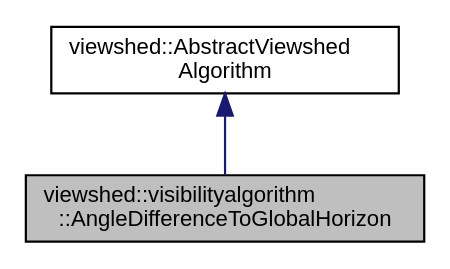
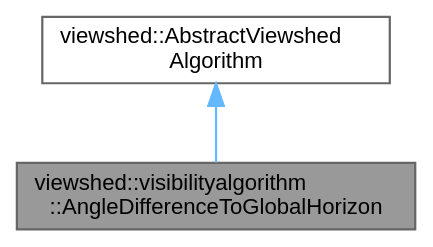
One commit to JanCaha/cpp-viewshed-library changed the diagram in classviewshed_1_1visibilityalgorithm_1_1AngleDifferenceToGlobalHorizon__coll__graph.dot. Above: the diagram before and after it, drawn with Graphviz. The commit also changed 320 other files, not shown here.

```diff
--- a/classviewshed_1_1visibilityalgorithm_1_1AngleDifferenceToGlobalHorizon__coll__graph.dot
+++ b/classviewshed_1_1visibilityalgorithm_1_1AngleDifferenceToGlobalHorizon__coll__graph.dot
@@ -1,9 +1,10 @@
 digraph "viewshed::visibilityalgorithm::AngleDifferenceToGlobalHorizon"
 {
  // LATEX_PDF_SIZE
-  edge [fontname="Helvetica",fontsize="10",labelfontname="Helvetica",labelfontsize="10"];
-  node [fontname="Helvetica",fontsize="10",shape=record];
-  Node1 [label="viewshed::visibilityalgorithm\l::AngleDifferenceToGlobalHorizon",height=0.2,width=0.4,color="black", fillcolor="grey75", style="filled", fontcolor="black",tooltip=" "];
-  Node2 -> Node1 [dir="back",color="midnightblue",fontsize="10",style="solid",fontname="Helvetica"];
-  Node2 [label="viewshed::AbstractViewshed\lAlgorithm",height=0.2,width=0.4,color="black", fillcolor="white", style="filled",URL="$classviewshed_1_1AbstractViewshedAlgorithm.html",tooltip="Base class for all Viewshed Algorithms."];
+  bgcolor="transparent";
+  edge [fontname=Helvetica,fontsize=10,labelfontname=Helvetica,labelfontsize=10];
+  node [fontname=Helvetica,fontsize=10,shape=box,height=0.2,width=0.4];
+  Node1 [id="Node000001",label="viewshed::visibilityalgorithm\l::AngleDifferenceToGlobalHorizon",height=0.2,width=0.4,color="gray40", fillcolor="grey60", style="filled", fontcolor="black",tooltip=" "];
+  Node2 -> Node1 [id="edge1_Node000001_Node000002",dir="back",color="steelblue1",style="solid",tooltip=" "];
+  Node2 [id="Node000002",label="viewshed::AbstractViewshed\lAlgorithm",height=0.2,width=0.4,color="gray40", fillcolor="white", style="filled",URL="$classviewshed_1_1AbstractViewshedAlgorithm.html",tooltip="Base class for all Viewshed Algorithms."];
 }
```
